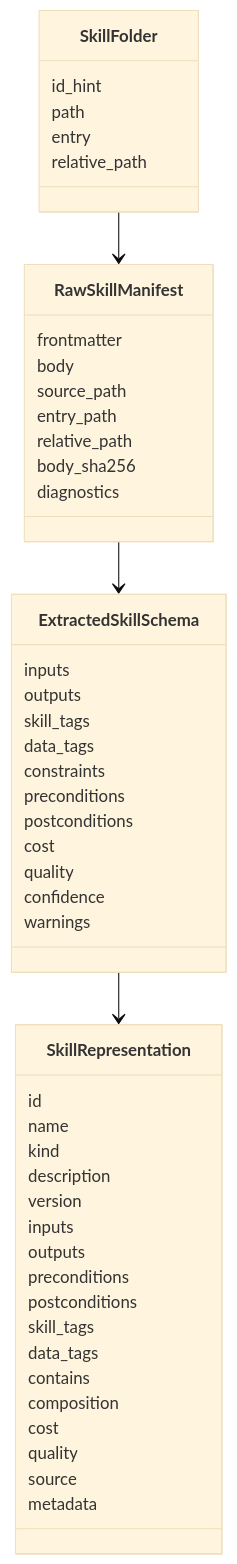
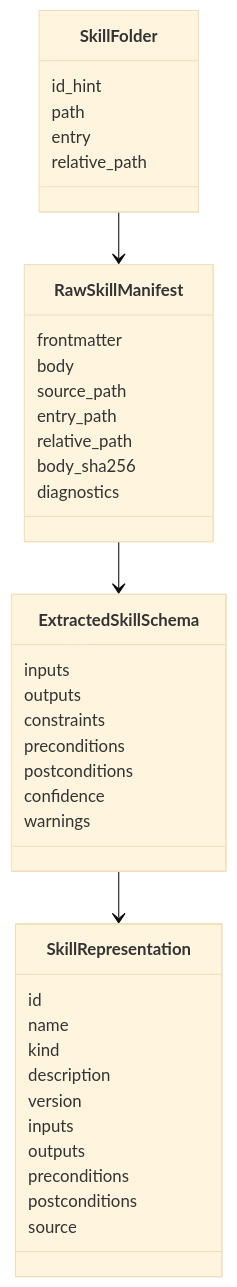
Before and after one commit to xiao-yu-lin/SkillMash: the first of 2 diagrams in docs/modules/offline-representation-extraction.md, drawn with Mermaid (base theme). The commit also changed other lines of this file and 12 other files, not shown here.

````diff
--- a/docs/modules/offline-representation-extraction.md
+++ b/docs/modules/offline-representation-extraction.md
@@ -136,57 +135,46 @@
 ```mermaid
 classDiagram
   class SkillFolder {
     id_hint
     path
     entry
     relative_path
   }
 
   class RawSkillManifest {
     frontmatter
     body
     source_path
     entry_path
     relative_path
     body_sha256
     diagnostics
   }
 
   class ExtractedSkillSchema {
     inputs
     outputs
-    skill_tags
-    data_tags
     constraints
     preconditions
     postconditions
-    cost
-    quality
     confidence
     warnings
   }
 
   class SkillRepresentation {
     id
     name
     kind
     description
     version
     inputs
     outputs
     preconditions
     postconditions
-    skill_tags
-    data_tags
-    contains
-    composition
-    cost
-    quality
     source
-    metadata
   }
 
   SkillFolder --> RawSkillManifest
   RawSkillManifest --> ExtractedSkillSchema
   ExtractedSkillSchema --> SkillRepresentation
 ```
````
